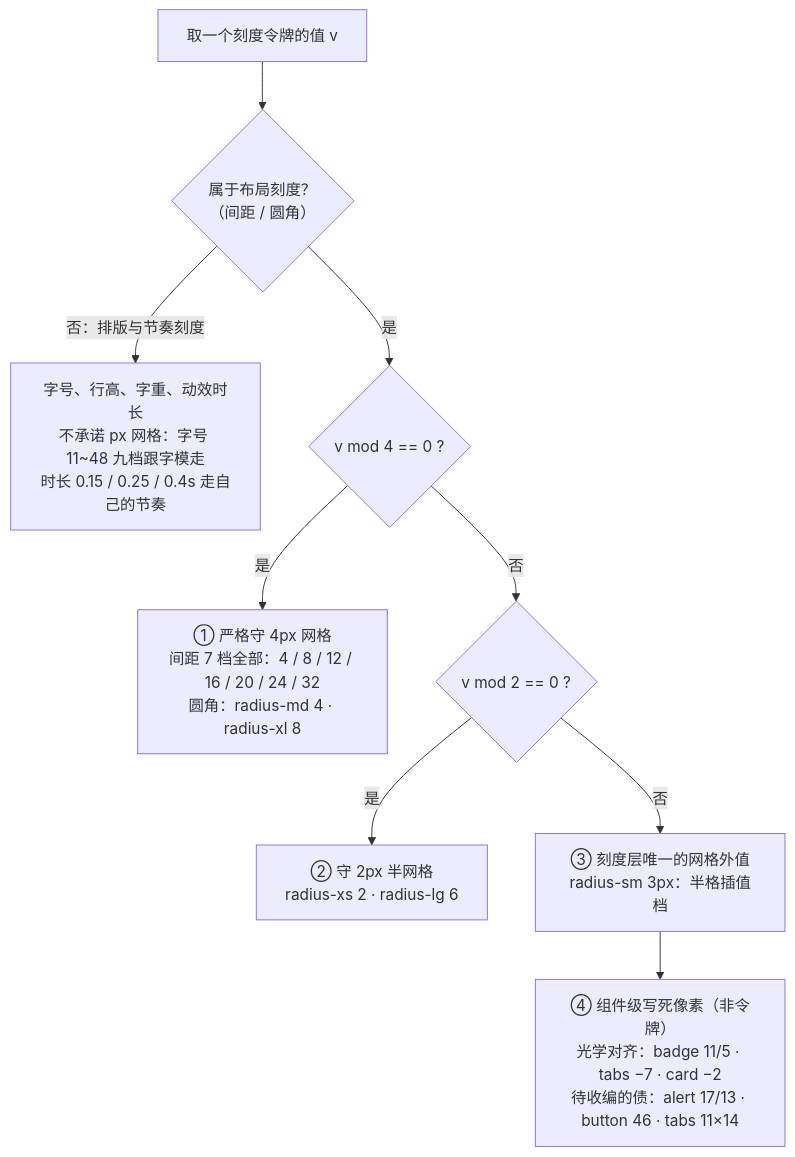
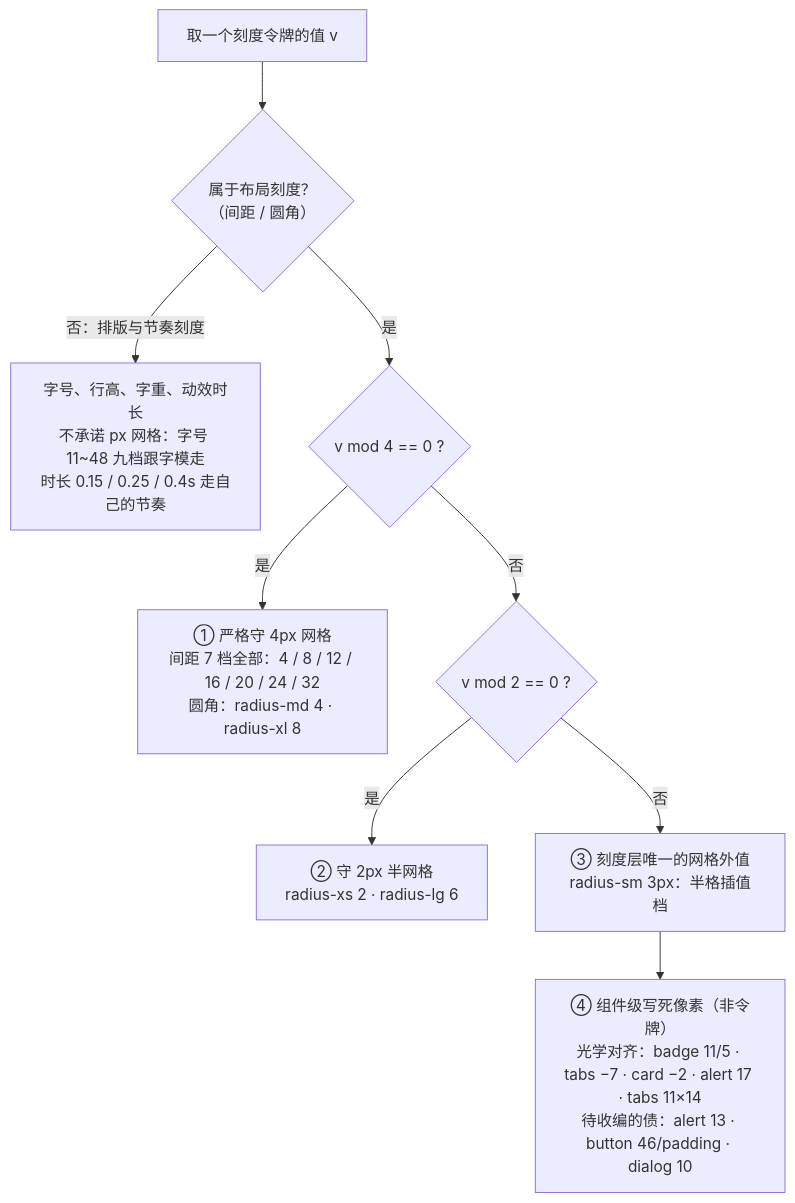
The first of 3 diagrams in column/3-05-间距与圆角-4px网格的边界.md (zhangzhengyang27/xiaoye-components), drawn with Mermaid before and after one commit. The commit also changed other lines of this file and 19 other files, not shown here.

````diff
--- a/column/3-05-间距与圆角-4px网格的边界.md
+++ b/column/3-05-间距与圆角-4px网格的边界.md
@@ -95,11 +95,11 @@
 ```mermaid
 flowchart TD
     A["取一个刻度令牌的值 v"] --> B{"属于布局刻度？<br/>（间距 / 圆角）"}
     B -->|"否：排版与节奏刻度"| K["字号、行高、字重、动效时长<br/>不承诺 px 网格：字号 11~48 九档跟字模走<br/>时长 0.15 / 0.25 / 0.4s 走自己的节奏"]
     B -->|"是"| C{"v mod 4 == 0 ?"}
     C -->|"是"| D["① 严格守 4px 网格<br/>间距 7 档全部：4 / 8 / 12 / 16 / 20 / 24 / 32<br/>圆角：radius-md 4 · radius-xl 8"]
     C -->|"否"| E{"v mod 2 == 0 ?"}
     E -->|"是"| F["② 守 2px 半网格<br/>radius-xs 2 · radius-lg 6"]
     E -->|"否"| G["③ 刻度层唯一的网格外值<br/>radius-sm 3px：半格插值档"]
-    G --> H["④ 组件级写死像素（非令牌）<br/>光学对齐：badge 11/5 · tabs −7 · card −2<br/>待收编的债：alert 17/13 · button 46 · tabs 11×14"]
+    G --> H["④ 组件级写死像素（非令牌）<br/>光学对齐：badge 11/5 · tabs −7 · card −2 · alert 17 · tabs 11×14<br/>待收编的债：alert 13 · button 46/padding · dialog 10"]
 ```
````
